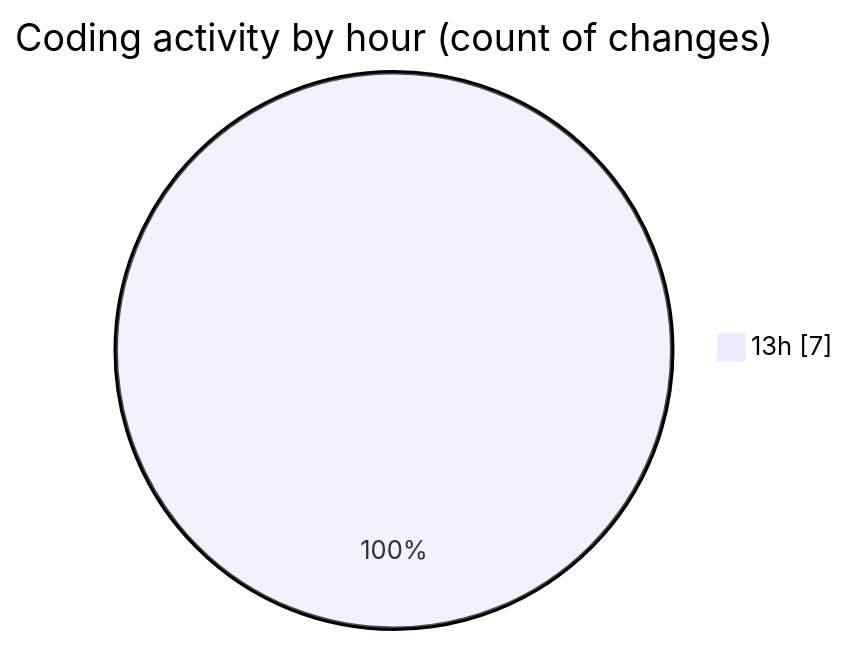
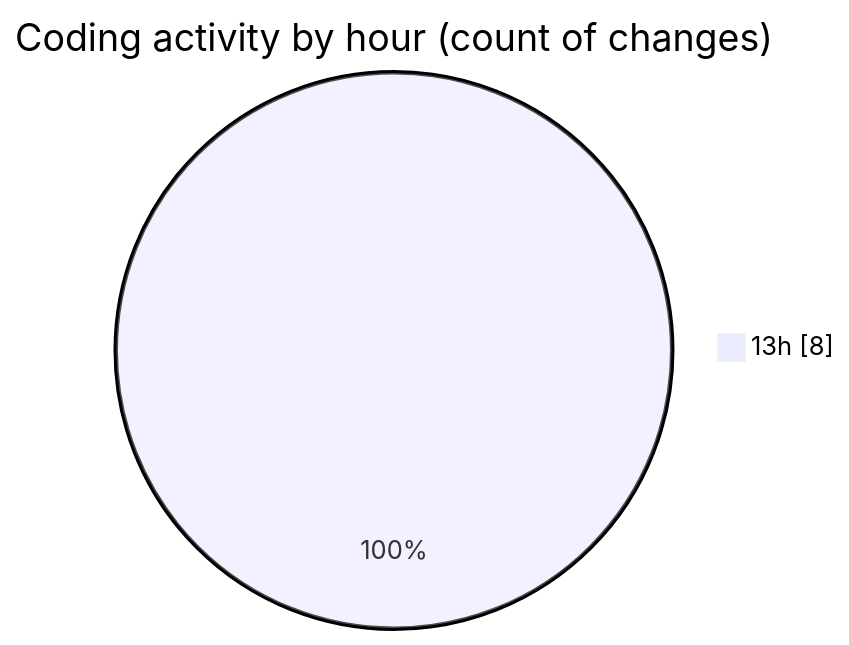
Before and after one commit to NitaiMahat/code-tracking: the second of 2 diagrams in 2025-03-08/computer_202/README.md, drawn with Mermaid. The commit also changed other lines of this file and 1 other file, not shown here.

````diff
--- a/2025-03-08/computer_202/README.md
+++ b/2025-03-08/computer_202/README.md
@@ -28,5 +29,5 @@
 ```mermaid
 pie showData
 title Coding activity by hour (count of changes)
-"13h" : 7
+"13h" : 8
 ```
````
